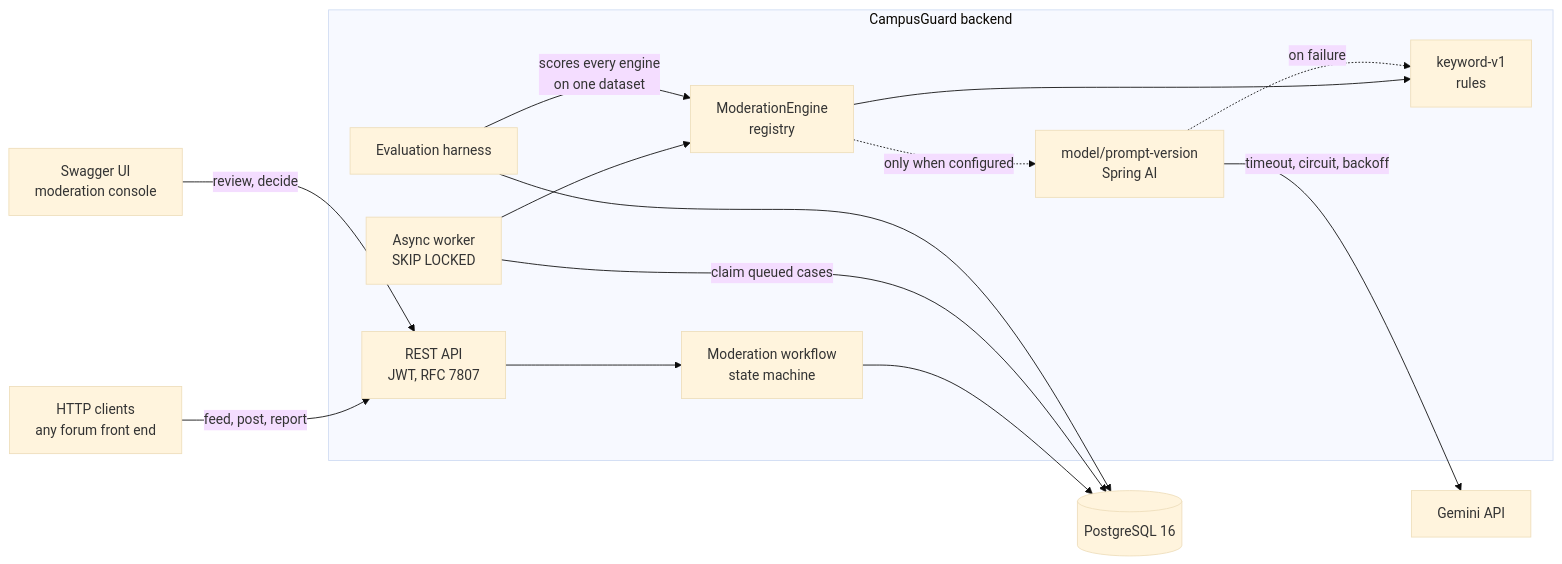
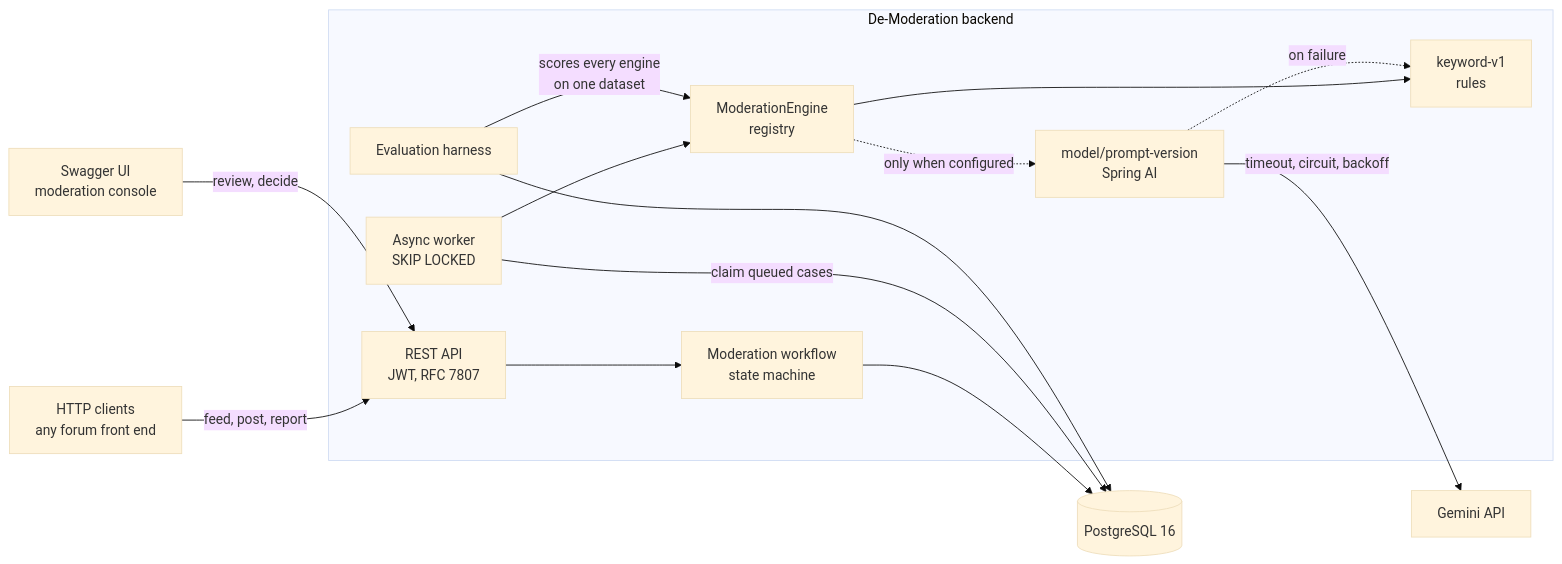
One commit to Mingjie-Mao/De-moderation-backend changed the first of 4 diagrams in docs/architecture.md. Above: the diagram before and after it, drawn with Mermaid (base theme). The commit also changed 5 other files, not shown here.

````diff
--- a/docs/architecture.md
+++ b/docs/architecture.md
@@ -5,31 +5,31 @@
 ```mermaid
 flowchart LR
     clients["HTTP clients<br/>any forum front end"]
     swagger["Swagger UI<br/>moderation console"]
 
-    subgraph backend["CampusGuard backend"]
+    subgraph backend["De-Moderation backend"]
         api["REST API<br/>JWT, RFC 7807"]
         workflow["Moderation workflow<br/>state machine"]
         worker["Async worker<br/>SKIP LOCKED"]
         registry["ModerationEngine<br/>registry"]
         keyword["keyword-v1<br/>rules"]
         gemini["model/prompt-version<br/>Spring AI"]
         eval["Evaluation harness"]
     end
 
     db[("PostgreSQL 16")]
     google["Gemini API"]
 
     clients -->|"feed, post, report"| api
     swagger -->|"review, decide"| api
     api --> workflow
     workflow --> db
     worker -->|"claim queued cases"| db
     worker --> registry
     registry --> keyword
     registry -.->|"only when configured"| gemini
     gemini -->|"timeout, circuit, backoff"| google
     gemini -.->|"on failure"| keyword
     eval -->|"scores every engine<br/>on one dataset"| registry
     eval --> db
 ```
````
